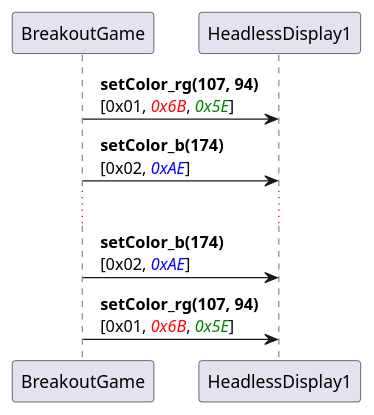
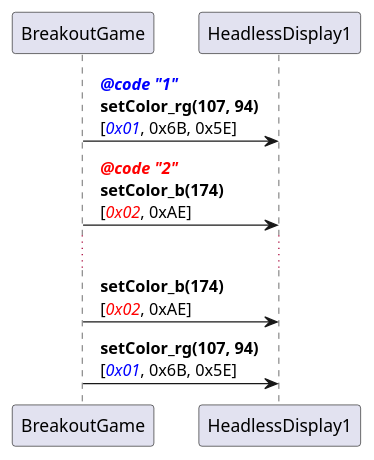
The diagram in src/main/resources/figures/split-msg.plantuml (SINTEF-9012/thingml-diversifier), drawn with PlantUML before and after one commit. The commit also changed 13 other files, not shown here.

```diff
--- a/src/main/resources/figures/split-msg.plantuml
+++ b/src/main/resources/figures/split-msg.plantuml
@@ -1,7 +1,7 @@
 @startuml
-BreakoutGame -> HeadlessDisplay1: <b>  setColor_rg(107, 94)</b>\n  [0x01, <font color="red"><i>0x6B</i></font>, <font color="green"><i>0x5E</i></font>]
-BreakoutGame -> HeadlessDisplay1: <b>  setColor_b(174)</b>\n  [0x02, <font color="blue"><i>0xAE</i></font>]
+BreakoutGame -> HeadlessDisplay1: <b>  <font color="blue"><i>@code "1"</i></font></b>\n<b>  setColor_rg(107, 94)</b>\n  [<font color="blue"><i>0x01</i></font>, 0x6B, 0x5E]
+BreakoutGame -> HeadlessDisplay1: <b>  <font color="red"><i>@code "2"</i></font></b>\n<b>  setColor_b(174)</b>\n  [<font color="red"><i>0x02</i></font>, 0xAE]
 ...
-BreakoutGame -> HeadlessDisplay1: <b>  setColor_b(174)</b>\n  [0x02, <font color="blue"><i>0xAE</i></font>]
-BreakoutGame -> HeadlessDisplay1: <b>  setColor_rg(107, 94)</b>\n  [0x01, <font color="red"><i>0x6B</i></font>, <font color="green"><i>0x5E</i></font>]
+BreakoutGame -> HeadlessDisplay1: <b>  setColor_b(174)</b>\n  [<font color="red"><i>0x02</i></font>, 0xAE]
+BreakoutGame -> HeadlessDisplay1: <b>  setColor_rg(107, 94)</b>\n  [<font color="blue"><i>0x01</i></font>, 0x6B, 0x5E]
 @enduml
```
